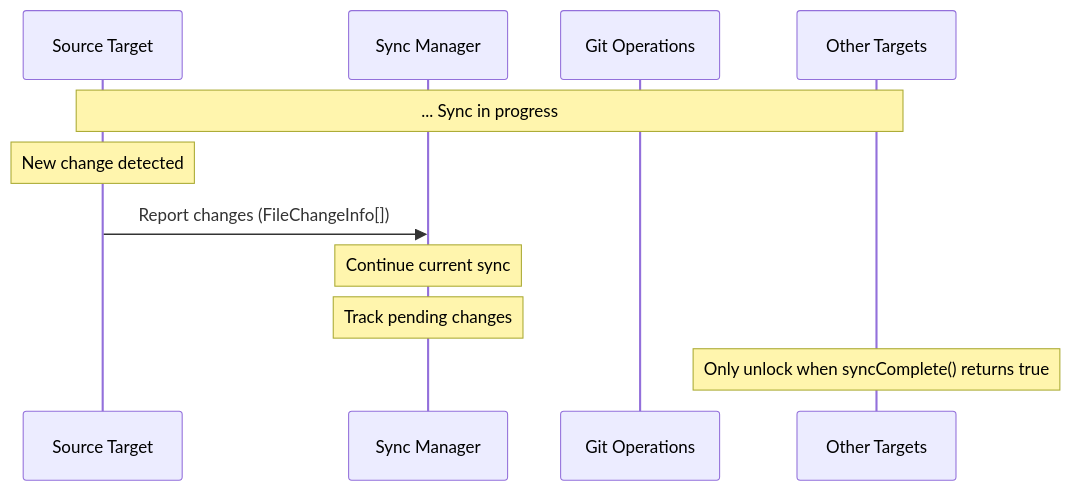
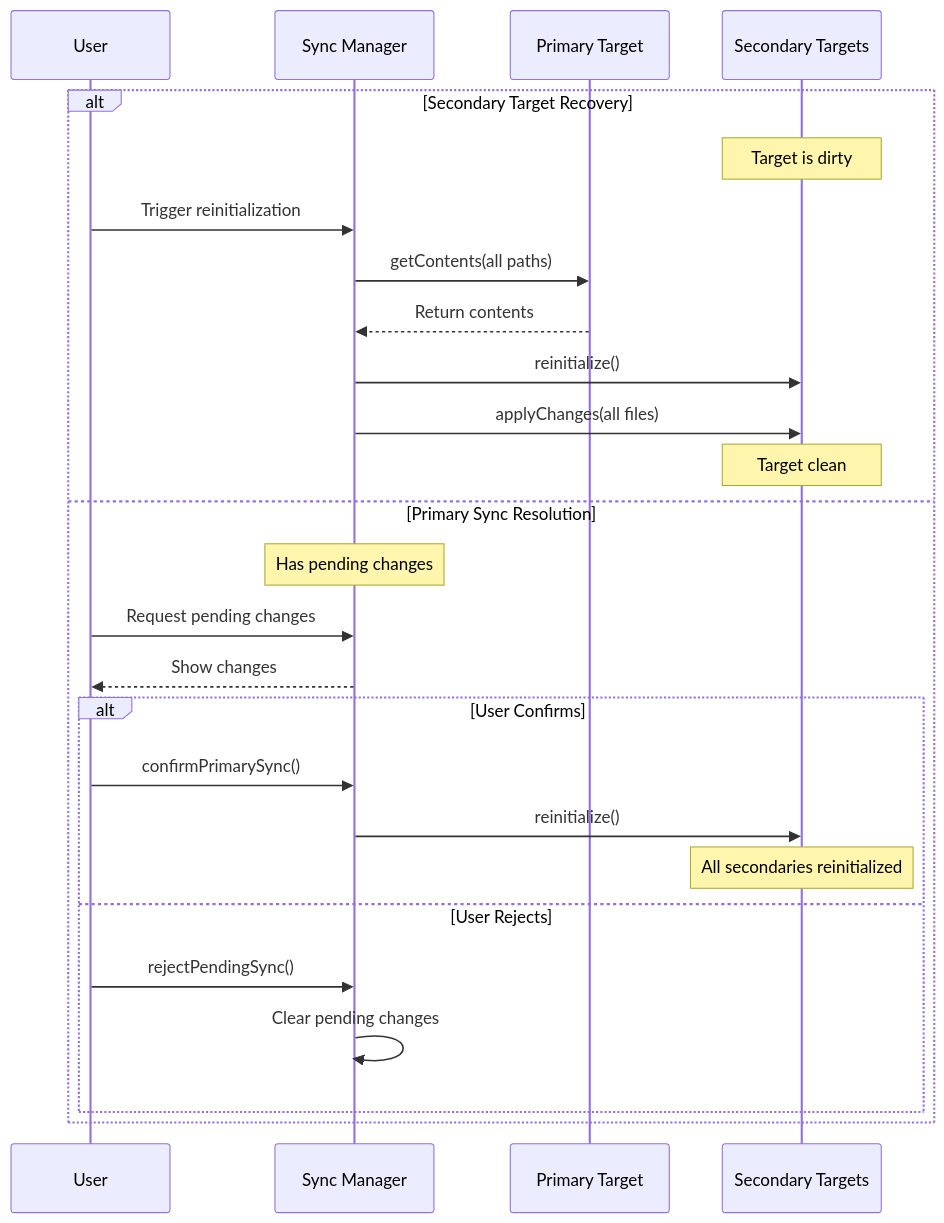
The sixth of 8 diagrams in packages/files-management/README.md (mrsimpson/piddie), drawn with Mermaid before and after one commit. The commit also changed other lines of this file and 1 other file, not shown here.

Commit message:
Design: Files Sync Manager

````diff
--- a/packages/files-management/README.md
+++ b/packages/files-management/README.md
@@ -132,17 +188,31 @@
 ```mermaid
 sequenceDiagram
-    participant Source as Source Target
-    participant Manager as Sync Manager
-    participant Git as Git Operations
-    participant Other as Other Targets
+    participant U as User
+    participant SM as Sync Manager
+    participant P as Primary Target
+    participant S as Secondary Targets
 
-    Note over Source,Other: ... Sync in progress
+    alt Secondary Target Recovery
+        Note over S: Target is dirty
+        U->>SM: Trigger reinitialization
+        SM->>P: getContents(all paths)
+        P-->>SM: Return contents
+        SM->>S: reinitialize()
+        SM->>S: applyChanges(all files)
+        Note over S: Target clean
 
-    Note over Source: New change detected
-    Source->>Manager: Report changes (FileChangeInfo[])
+    else Primary Sync Resolution
+        Note over SM: Has pending changes
+        U->>SM: Request pending changes
+        SM-->>U: Show changes
 
-    Note over Manager: Continue current sync
-    Note over Manager: Track pending changes
-
-    Note over Other: Only unlock when syncComplete() returns true
+        alt User Confirms
+            U->>SM: confirmPrimarySync()
+            SM->>S: reinitialize()
+            Note over S: All secondaries reinitialized
+        else User Rejects
+            U->>SM: rejectPendingSync()
+            SM->>SM: Clear pending changes
+        end
+    end
 ```
````
